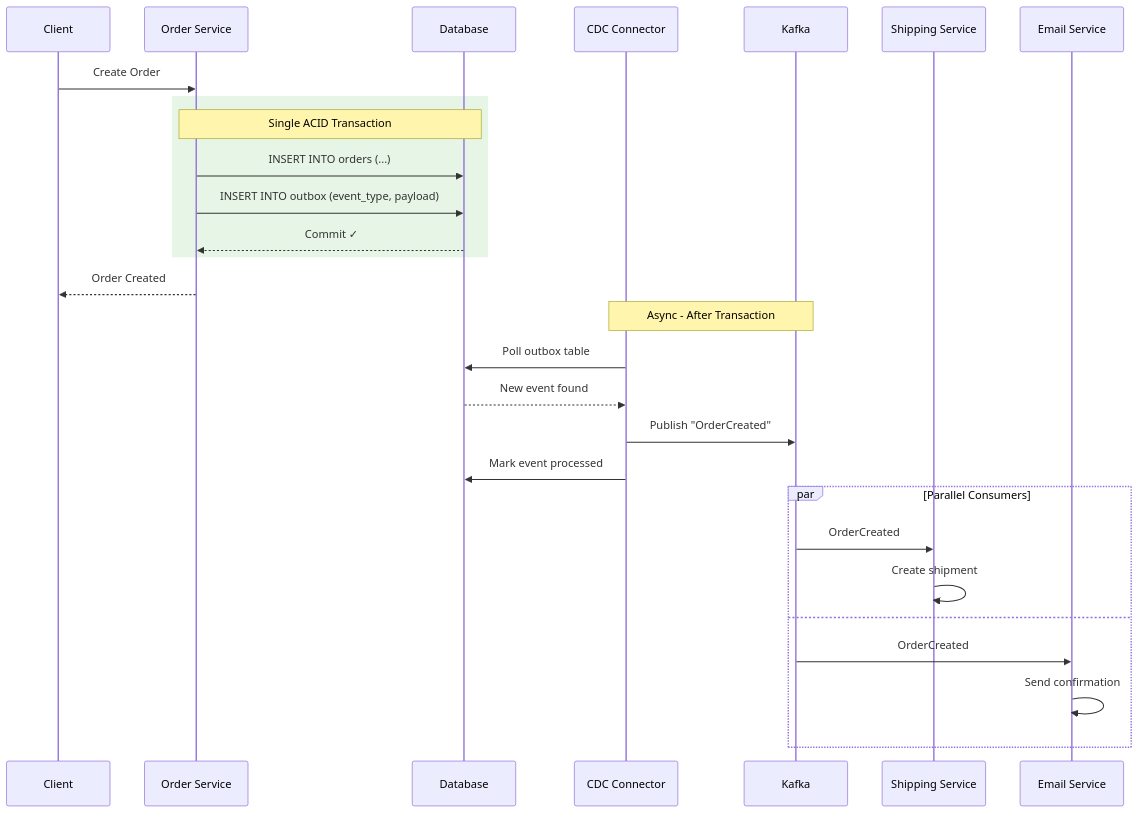
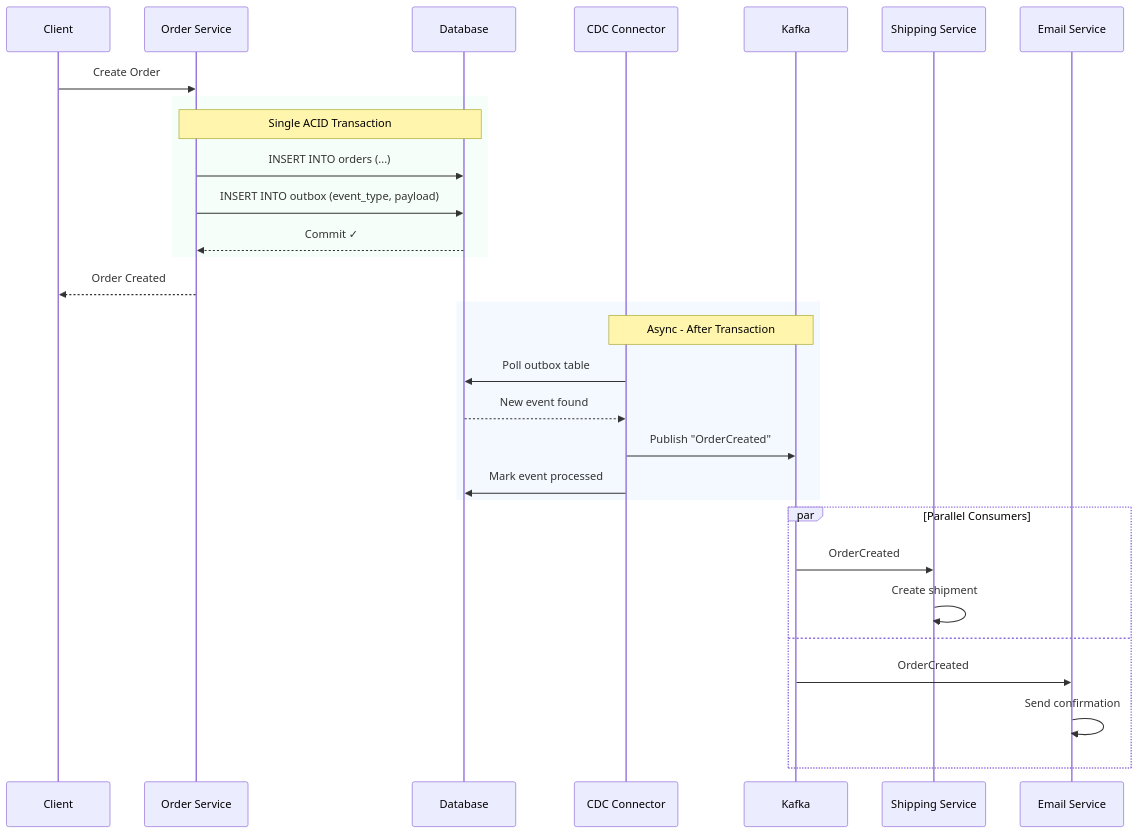
One commit to udaytamma/Cyrus changed the seventh of 7 diagrams in gemini-responses/change-data-capture-cdc-20260120-0919.md. Above: the diagram before and after it, drawn with Mermaid. The commit also changed other lines of this file and 28 other files, not shown here.

First line of the commit message:
Upgrade Knowledge Base Mermaid diagrams to professional styling

````diff
--- a/gemini-responses/change-data-capture-cdc-20260120-0919.md
+++ b/gemini-responses/change-data-capture-cdc-20260120-0919.md
@@ -336,35 +376,37 @@
 ```mermaid
 sequenceDiagram
     participant Client
     participant OrderSvc as Order Service
     participant DB as Database
     participant CDC as CDC Connector
     participant Kafka
     participant ShipSvc as Shipping Service
     participant EmailSvc as Email Service
 
     Client->>OrderSvc: Create Order
 
-    rect rgb(230, 245, 230)
+    rect rgba(220,252,231,0.3)
         Note over OrderSvc,DB: Single ACID Transaction
         OrderSvc->>DB: INSERT INTO orders (...)
         OrderSvc->>DB: INSERT INTO outbox (event_type, payload)
         DB-->>OrderSvc: Commit ✓
     end
 
     OrderSvc-->>Client: Order Created
 
-    Note over CDC,Kafka: Async - After Transaction
-    CDC->>DB: Poll outbox table
-    DB-->>CDC: New event found
-    CDC->>Kafka: Publish "OrderCreated"
-    CDC->>DB: Mark event processed
+    rect rgba(219,234,254,0.3)
+        Note over CDC,Kafka: Async - After Transaction
+        CDC->>DB: Poll outbox table
+        DB-->>CDC: New event found
+        CDC->>Kafka: Publish "OrderCreated"
+        CDC->>DB: Mark event processed
+    end
 
     par Parallel Consumers
         Kafka->>ShipSvc: OrderCreated
         ShipSvc->>ShipSvc: Create shipment
     and
         Kafka->>EmailSvc: OrderCreated
         EmailSvc->>EmailSvc: Send confirmation
     end
 ```
````
